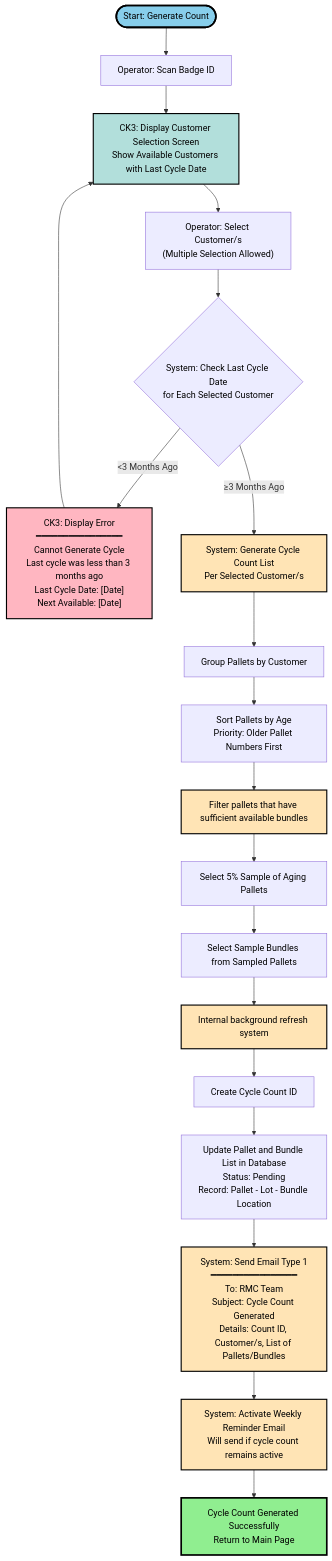
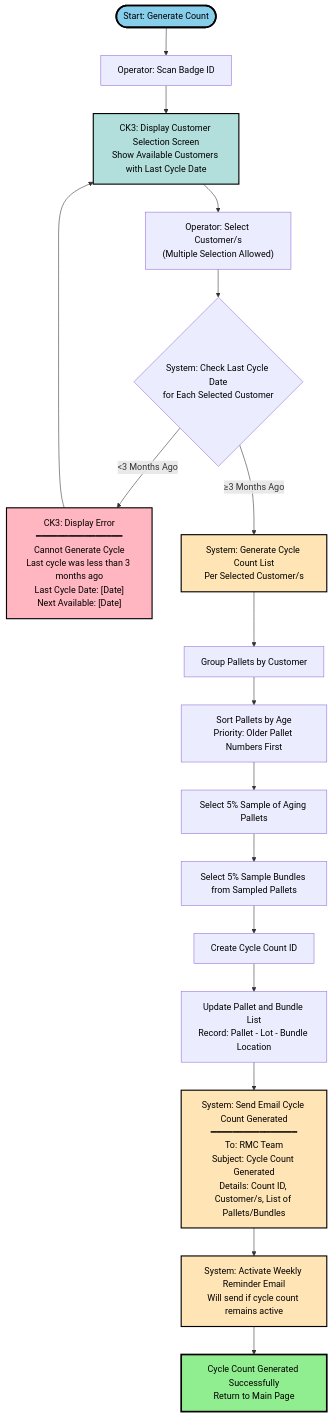
The second of 8 diagrams in workflow.md (kohjs/RMC-Cycle-Count), drawn with Mermaid before and after one commit. The commit also changed other lines of this file and 1 other file, not shown here.

````diff
--- a/workflow.md
+++ b/workflow.md
@@ -48,43 +51,40 @@
 ```mermaid
 flowchart TD
     Start(["Start: Generate Count"]) --> n1["Operator: Scan Badge ID"]
     n1 --> n2["CK3: Display Customer Selection Screen<br>Show Available Customers with Last Cycle Date"]
     n2 --> n3["Operator: Select Customer/s<br>(Multiple Selection Allowed)"]
     n3 --> n4{"System: Check Last Cycle Date<br>for Each Selected Customer"}
-    n4 -- "<3 Months Ago" --> n5["CK3: Display Error<br>━━━━━━━━━━━━━━━━<br>Cannot Generate Cycle<br>Last cycle was less than 3 months ago<br>Last Cycle Date: [Date]<br>Next Available: [Date]"]
+    n4 -- &lt;3 Months Ago --> n5["CK3: Display Error<br>━━━━━━━━━━━━━━━━<br>Cannot Generate Cycle<br>Last cycle was less than 3 months ago<br>Last Cycle Date: [Date]<br>Next Available: [Date]"]
     n5 --> n2
-    n4 -- "≥3 Months Ago" --> n6["System: Generate Cycle Count List<br>Per Selected Customer/s"]
+    n4 -- ≥3 Months Ago --> n6["System: Generate Cycle Count List<br>Per Selected Customer/s"]
     n6 --> B1["Group Pallets by Customer"]
     B1 --> B1a["Sort Pallets by Age<br>Priority: Older Pallet Numbers First"]
-    B1a --> n7["Filter pallets that have sufficient available bundles"]
-    n7 --> B1b["Select 5% Sample of Aging Pallets"]
-    B1b --> B1c["Select Sample Bundles from Sampled Pallets"]
-    B1c --> n8["Internal background refresh system"]
-    n8 --> B2["Create Cycle Count ID"]
-    B2 --> B3["Update Pallet and Bundle List in Database<br>Status: Pending<br>Record: Pallet - Lot - Bundle Location"]
-    B3 --> C1["System: Send Email Type 1<br>━━━━━━━━━━━━━━━━<br>To: RMC Team<br>Subject: Cycle Count Generated<br>Details: Count ID, Customer/s, List of Pallets/Bundles"]
+    B1b["Select 5% Sample of Aging Pallets"] --> B1c["Select 5% Sample Bundles from Sampled Pallets"]
+    B2["Create Cycle Count ID"] --> B3["Update Pallet and Bundle List<br>Record: Pallet - Lot - Bundle Location"]
+    B3 --> C1["System: Send Email Cycle Count Generated<br>━━━━━━━━━━━━━━━━<br>To: RMC Team<br>Subject: Cycle Count Generated<br>Details: Count ID, Customer/s, List of Pallets/Bundles"]
     C1 --> C2["System: Activate Weekly Reminder Email<br>Will send if cycle count remains active"]
     C2 --> Next["Cycle Count Generated Successfully<br>Return to Main Page"]
+    B1a --> B1b
+    B1c --> B2
 
-    n8@{ shape: rect}
-    n7@{ shape: rect}
     style Start fill:#87CEEB,stroke:#000,stroke-width:3px,color:#000
     style n1 color:#000
     style n2 fill:#B2DFDB,stroke:#000,stroke-width:2px,color:#000
     style n3 color:#000
     style n4 color:#000
     style n5 fill:#FFB6C1,stroke:#000,stroke-width:2px,color:#000
     style n6 fill:#FFE4B5,stroke:#000,stroke-width:2px,color:#000
     style B1 color:#000
     style B1a color:#000
-    style n7 fill:#FFE4B5,stroke:#000,stroke-width:2px,color:#000
     style B1b color:#000
     style B1c color:#000
-    style n8 fill:#FFE4B5,stroke:#000,stroke-width:2px,color:#000
     style B2 color:#000
     style B3 color:#000
     style C1 fill:#FFE4B5,stroke:#000,stroke-width:2px,color:#000
     style C2 fill:#FFE4B5,stroke:#000,stroke-width:2px,color:#000
     style Next fill:#90EE90,stroke:#000,stroke-width:3px,color:#000
 
+
+
+
 ```
````
